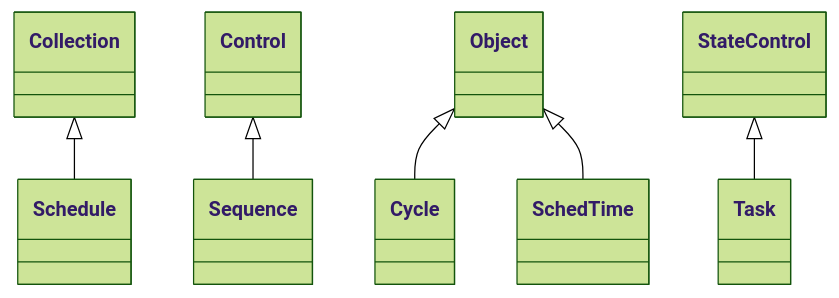
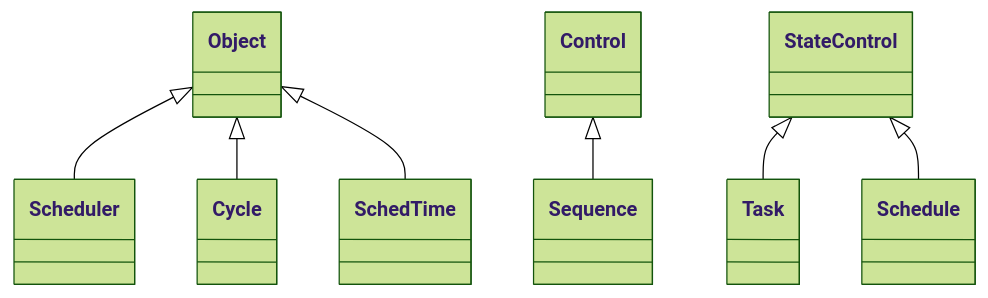
Before and after one commit to jbuehl/homealone: the diagram in docs/README.schedule.md, drawn with Mermaid (forest theme). The commit also changed other lines of this file and 2 other files, not shown here.

Commit message:
Add Scheduler docs

````diff
--- a/docs/README.schedule.md
+++ b/docs/README.schedule.md
@@ -4,8 +4,9 @@
 ```mermaid
 classDiagram
-	Collection <|-- Schedule
+	Object <|-- Scheduler
 	Control <|-- Sequence
 	Object <|-- Cycle
 	StateControl <|-- Task
+	StateControl <|-- Schedule
 	Object <|-- SchedTime
 ```
````
